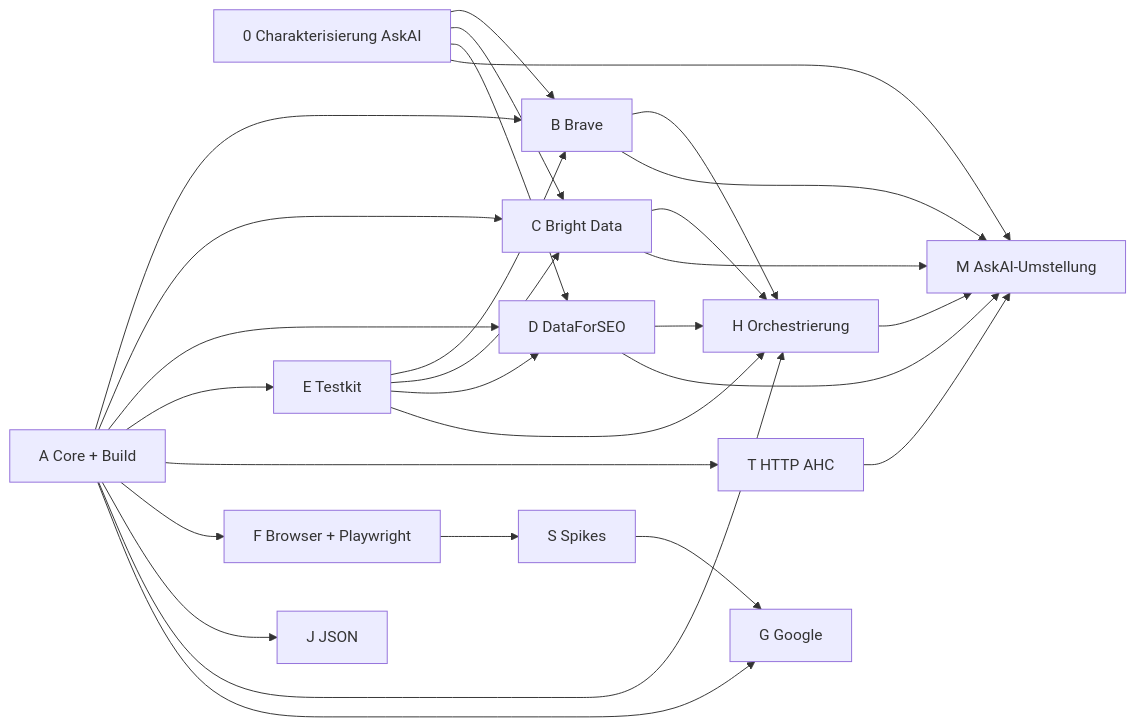
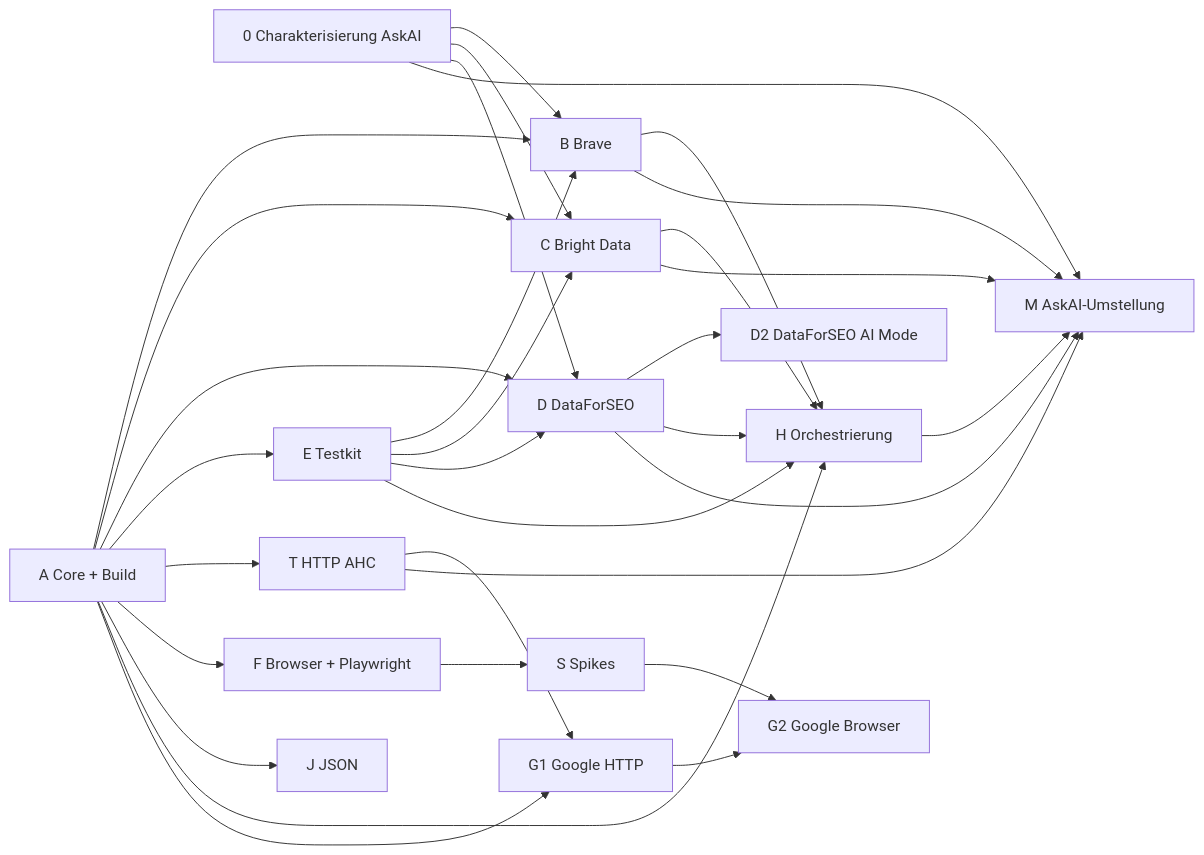
Before and after one commit to aresstack/Serp4J: the diagram in docs/architecture/implementation-plan.md, drawn with Mermaid. The commit also changed other lines of this file and 18 other files, not shown here.

First line of the commit message:
docs(architecture): Review-Nachbesserungen A–C und Entscheidungen E-1 bis E-8 einarbeiten

````diff
--- a/docs/architecture/implementation-plan.md
+++ b/docs/architecture/implementation-plan.md
@@ -34,24 +36,28 @@
 ```mermaid
 graph LR
     P0[0 Charakterisierung AskAI]
     A[A Core + Build]
     B[B Brave]
     C[C Bright Data]
     D[D DataForSEO]
     E[E Testkit]
     T[T HTTP AHC]
     F[F Browser + Playwright]
     S[S Spikes]
-    G[G Google]
+    G1[G1 Google HTTP]
+    G2[G2 Google Browser]
+    D2[D2 DataForSEO AI Mode]
     H[H Orchestrierung]
     J[J JSON]
     M[M AskAI-Umstellung]
 
     A --> B & C & D & E & T & F & J & H
     E --> B & C & D & H
     P0 --> B & C & D
-    F --> S --> G
-    A --> G
+    A & T --> G1
+    F --> S --> G2
+    G1 --> G2
+    D --> D2
     B & C & D --> H
     B & C & D & H & T & P0 --> M
 ```
````
